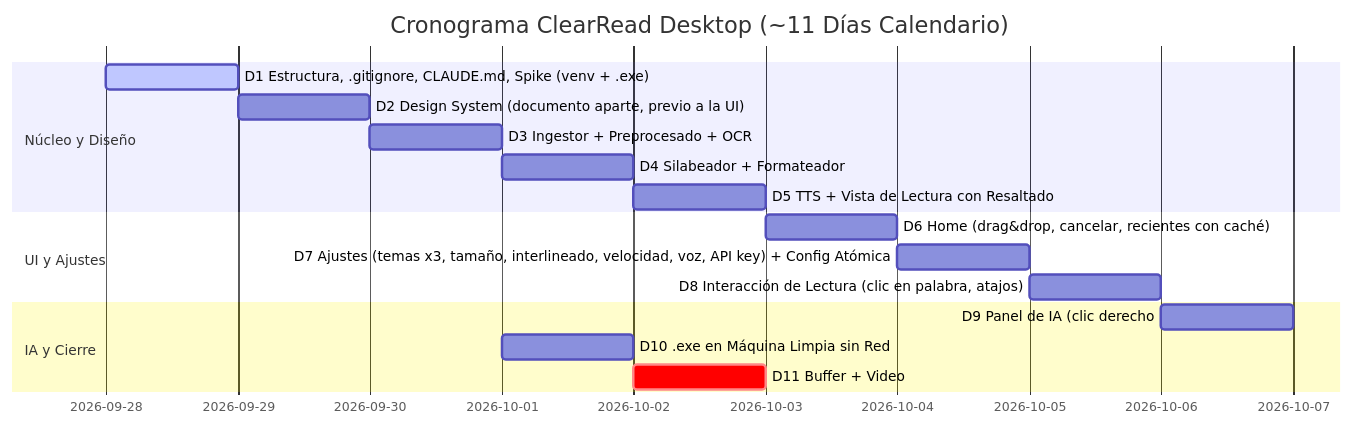
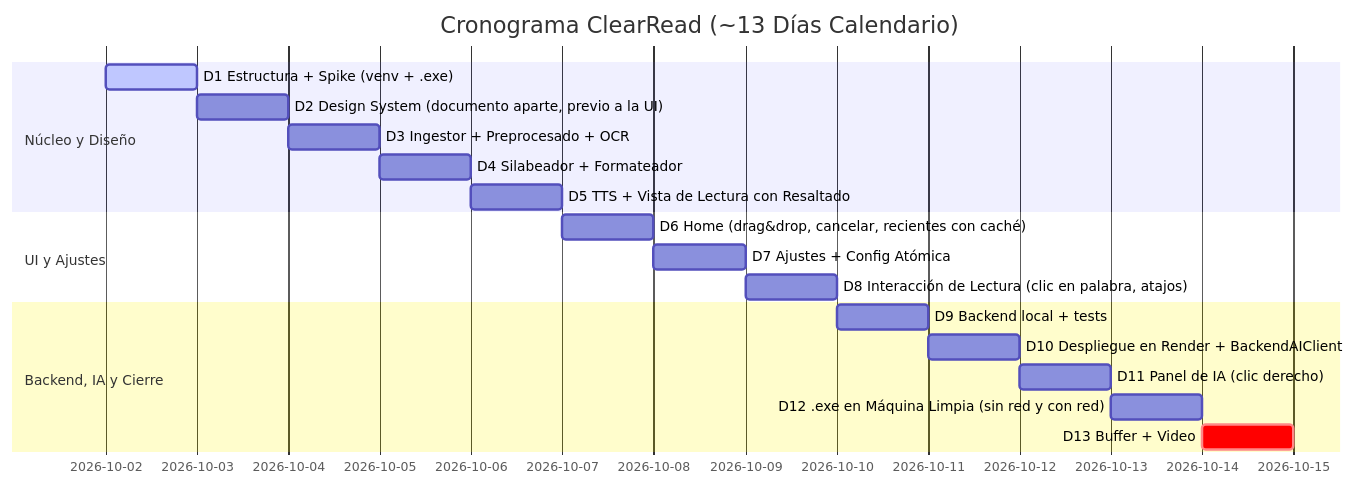
One commit to SoFzzz/ClearRead changed the third of 3 diagrams in document.md. Above: the diagram before and after it, drawn with Mermaid. The commit also changed other lines of this file and 1 other file, not shown here.

````diff
--- a/document.md
+++ b/document.md
@@ -1711,19 +1973,21 @@
 ```mermaid
 gantt
-    title Cronograma ClearRead Desktop (~11 Días Calendario)
+    title Cronograma ClearRead (~13 Días Calendario)
     dateFormat  YYYY-MM-DD
     section Núcleo y Diseño
-    D1 Estructura, .gitignore, CLAUDE.md, Spike (venv + .exe) :active, d1, 2026-09-28, 1d
-    D2 Design System (documento aparte, previo a la UI)       :d2, after d1, 1d
-    D3 Ingestor + Preprocesado + OCR                            :d3, after d2, 1d
-    D4 Silabeador + Formateador                                :d4, after d3, 1d
-    D5 TTS + Vista de Lectura con Resaltado                     :d5, after d4, 1d
+    D1 Estructura + Spike (venv + .exe)                  :active, d1, 2026-10-02, 1d
+    D2 Design System (documento aparte, previo a la UI)  :d2, after d1, 1d
+    D3 Ingestor + Preprocesado + OCR                     :d3, after d2, 1d
+    D4 Silabeador + Formateador                          :d4, after d3, 1d
+    D5 TTS + Vista de Lectura con Resaltado              :d5, after d4, 1d
     section UI y Ajustes
-    D6 Home (drag&drop, cancelar, recientes con caché)         :d6, after d5, 1d
-    D7 Ajustes (temas x3, tamaño, interlineado, velocidad, voz, API key) + Config Atómica :d7, after d6, 1d
-    D8 Interacción de Lectura (clic en palabra, atajos)         :d8, after d7, 1d
-    section IA y Cierre
-    D9 Panel de IA (clic derecho: explicar / simplificar)       :d9, after d8, 1d
-    D10 .exe en Máquina Limpia sin Red                          :d10, after d9, 1d
-    D11 Buffer + Video                                          :crit, d11, after d10, 1d
+    D6 Home (drag&drop, cancelar, recientes con caché)   :d6, after d5, 1d
+    D7 Ajustes + Config Atómica                          :d7, after d6, 1d
+    D8 Interacción de Lectura (clic en palabra, atajos)  :d8, after d7, 1d
+    section Backend, IA y Cierre
+    D9 Backend local + tests                             :d9, after d8, 1d
+    D10 Despliegue en Render + BackendAIClient           :d10, after d9, 1d
+    D11 Panel de IA (clic derecho)                       :d11, after d10, 1d
+    D12 .exe en Máquina Limpia (sin red y con red)       :d12, after d11, 1d
+    D13 Buffer + Video                                   :crit, d13, after d12, 1d
 ```
````
